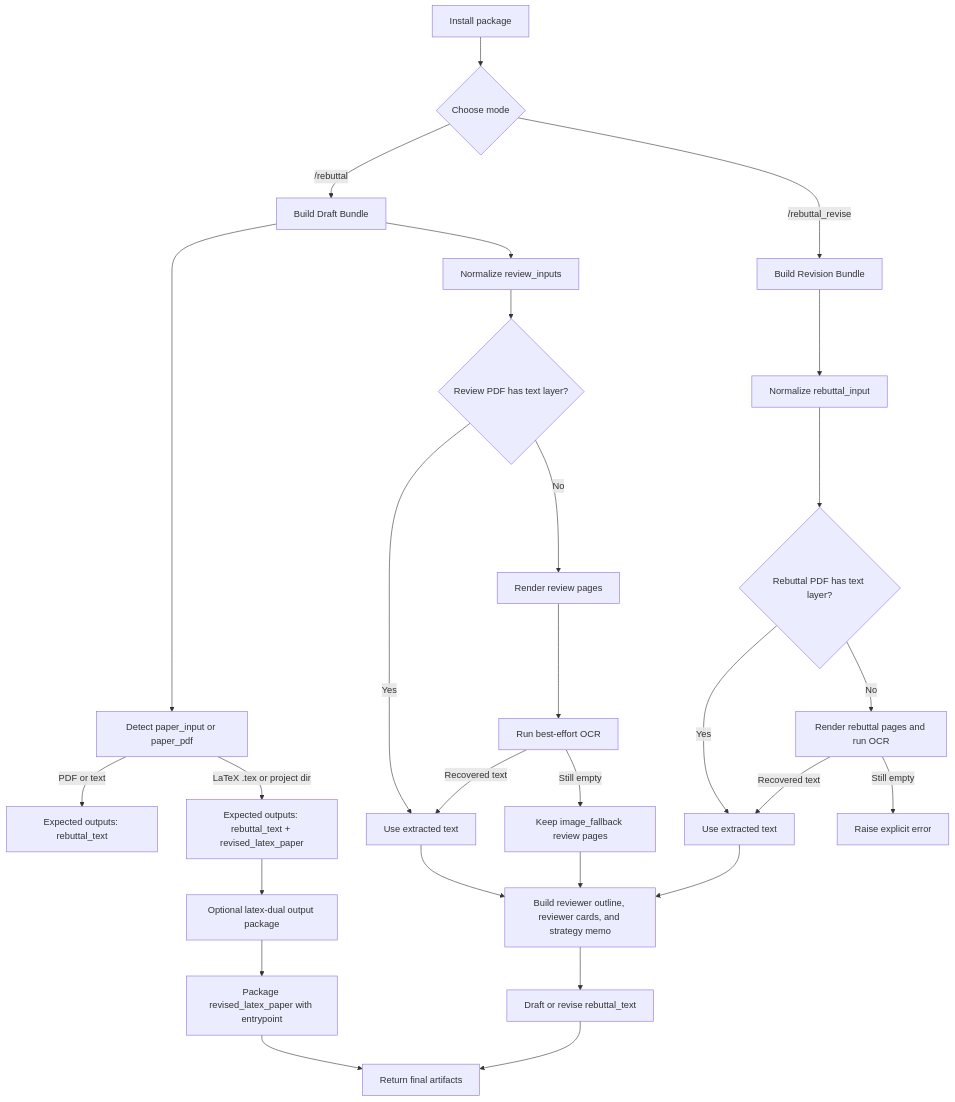
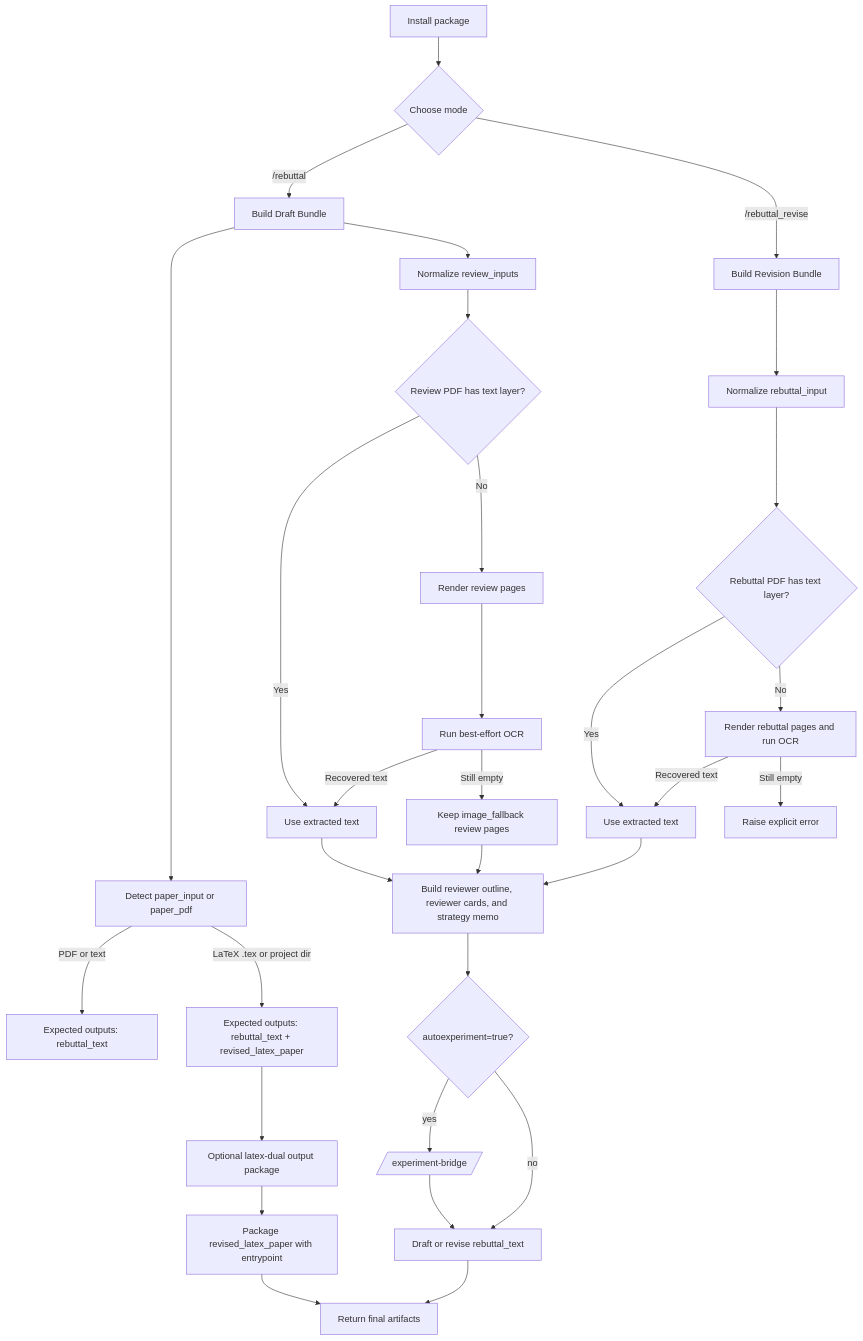
The diagram in README.md (YoujunZhao/AutoRebuttal), drawn with Mermaid before and after one commit. The commit also changed other lines of this file and 18 other files, not shown here.

````diff
--- a/README.md
+++ b/README.md
@@ -172,30 +186,33 @@
 ```mermaid
 flowchart TD
     A[Install package] --> B{Choose mode}
     B -->|/rebuttal| C[Build Draft Bundle]
     B -->|/rebuttal_revise| D[Build Revision Bundle]
     C --> E[Detect paper_input or paper_pdf]
     E -->|PDF or text| F[Expected outputs: rebuttal_text]
     E -->|LaTeX .tex or project dir| G[Expected outputs: rebuttal_text + revised_latex_paper]
     C --> H[Normalize review_inputs]
     H --> I{Review PDF has text layer?}
     I -->|Yes| J[Use extracted text]
     I -->|No| K[Render review pages]
     K --> L[Run best-effort OCR]
     L -->|Recovered text| J
     L -->|Still empty| M[Keep image_fallback review pages]
     D --> N[Normalize rebuttal_input]
     N --> O{Rebuttal PDF has text layer?}
     O -->|Yes| P[Use extracted text]
     O -->|No| Q[Render rebuttal pages and run OCR]
     Q -->|Recovered text| P
     Q -->|Still empty| R[Raise explicit error]
     J --> S[Build reviewer outline, reviewer cards, and strategy memo]
     M --> S
     P --> S
+    S --> X{autoexperiment=true?}
+    X -->|yes| Y[/experiment-bridge/]
+    X -->|no| U[Draft or revise rebuttal_text]
     G --> T[Optional latex-dual output package]
-    S --> U[Draft or revise rebuttal_text]
+    Y --> U[Draft or revise rebuttal_text]
     T --> V[Package revised_latex_paper with entrypoint]
     U --> W[Return final artifacts]
     V --> W
 ```
````
